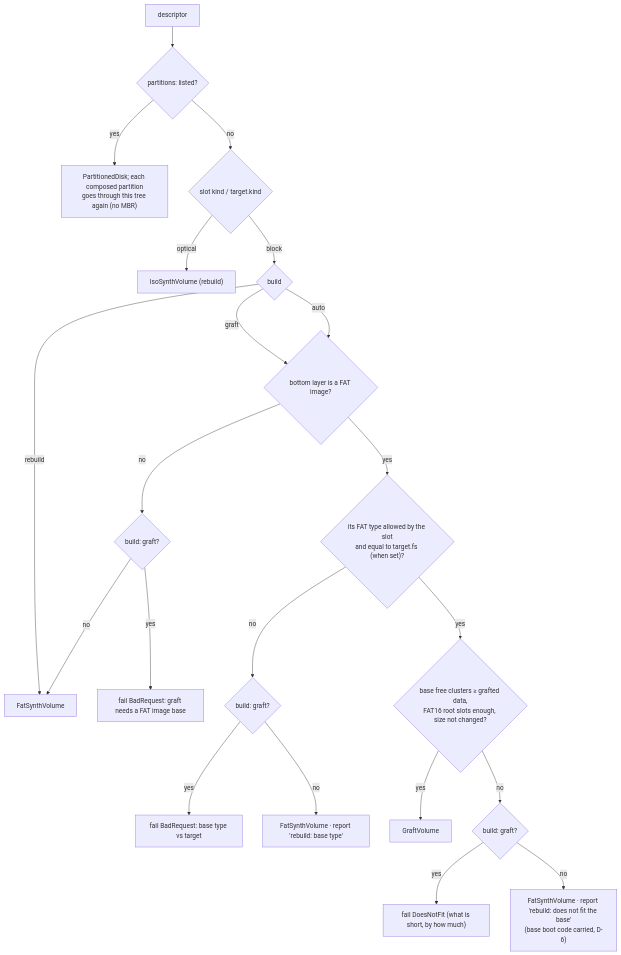
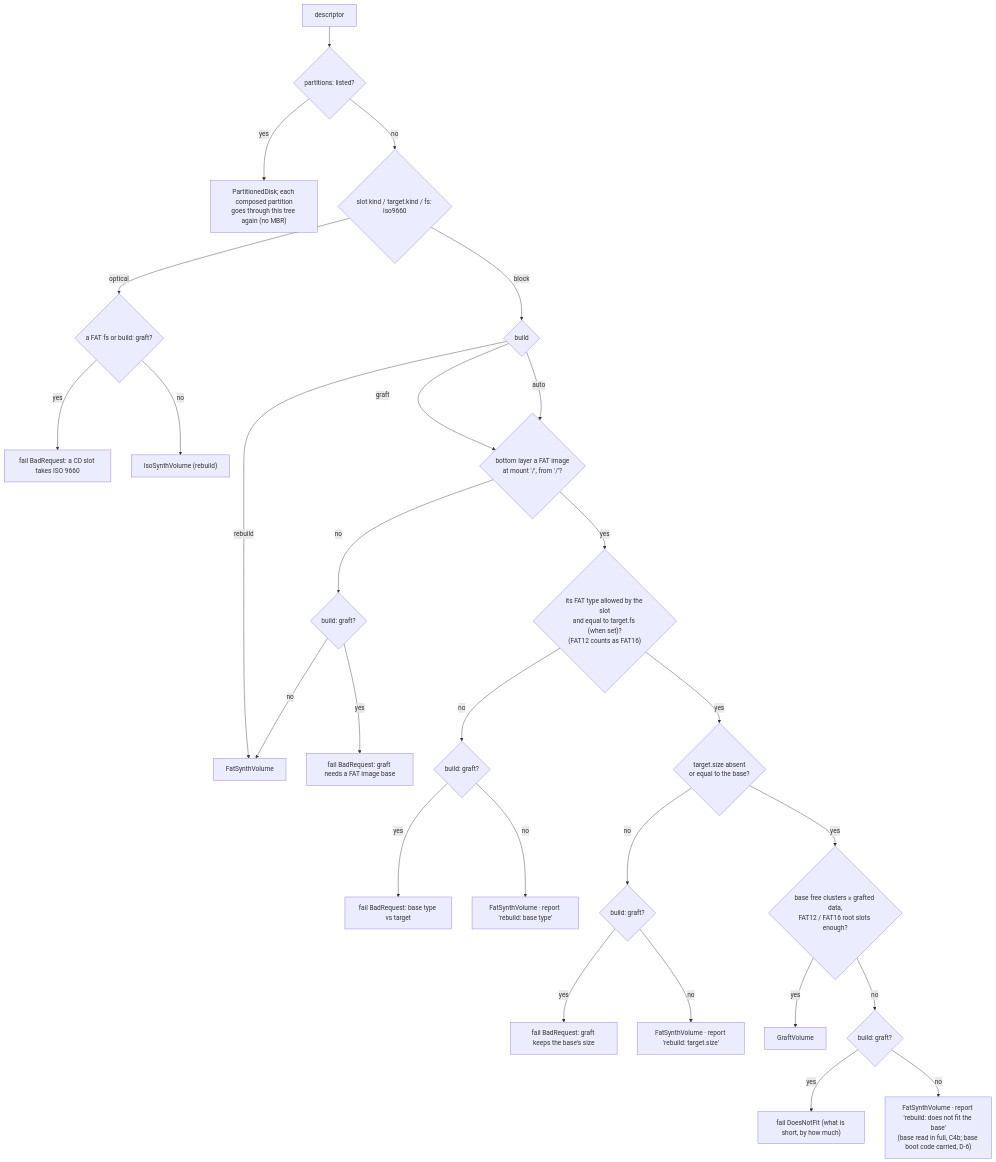
Before and after one commit to alfishe/unreal-ng: the fifth of 5 diagrams in docs/inprogress/2026-10-05-media-multisource/tdd.md, drawn with Mermaid. The commit also changed other lines of this file and 57 other files, not shown here.

````diff
--- a/docs/inprogress/2026-10-05-media-multisource/tdd.md
+++ b/docs/inprogress/2026-10-05-media-multisource/tdd.md
@@ -512,23 +660,29 @@
 ```mermaid
 flowchart TD
     A["descriptor"] --> P{"partitions: listed?"}
     P -->|"yes"| P1["PartitionedDisk; each composed partition<br/>goes through this tree again (no MBR)"]
-    P -->|"no"| K{"slot kind / target.kind"}
-    K -->|"optical"| ISO["IsoSynthVolume (rebuild)"]
+    P -->|"no"| K{"slot kind / target.kind / fs: iso9660"}
+    K -->|"optical"| K1{"a FAT fs or build: graft?"}
+    K1 -->|"yes"| F0["fail BadRequest: a CD slot takes ISO 9660"]
+    K1 -->|"no"| ISO["IsoSynthVolume (rebuild)"]
     K -->|"block"| B{"build"}
     B -->|"rebuild"| RB["FatSynthVolume"]
     B -->|"graft"| G0
-    B -->|"auto"| G0{"bottom layer is a FAT image?"}
+    B -->|"auto"| G0{"bottom layer a FAT image<br/>at mount '/', from '/'?"}
     G0 -->|"no"| G0N{"build: graft?"}
     G0N -->|"yes"| F1["fail BadRequest: graft needs a FAT image base"]
     G0N -->|"no"| RB
-    G0 -->|"yes"| G1{"its FAT type allowed by the slot<br/>and equal to target.fs (when set)?"}
+    G0 -->|"yes"| G1{"its FAT type allowed by the slot<br/>and equal to target.fs (when set)?<br/>(FAT12 counts as FAT16)"}
     G1 -->|"no"| G1N{"build: graft?"}
     G1N -->|"yes"| F2["fail BadRequest: base type vs target"]
     G1N -->|"no"| RB2["FatSynthVolume · report 'rebuild: base type'"]
-    G1 -->|"yes"| G2{"base free clusters ≥ grafted data,<br/>FAT16 root slots enough, size not changed?"}
+    G1 -->|"yes"| GS{"target.size absent<br/>or equal to the base?"}
+    GS -->|"no"| GSN{"build: graft?"}
+    GSN -->|"yes"| F4["fail BadRequest: graft keeps the base's size"]
+    GSN -->|"no"| RB4["FatSynthVolume · report 'rebuild: target.size'"]
+    GS -->|"yes"| G2{"base free clusters ≥ grafted data,<br/>FAT12 / FAT16 root slots enough?"}
     G2 -->|"yes"| GV["GraftVolume"]
     G2 -->|"no"| G2N{"build: graft?"}
     G2N -->|"yes"| F3["fail DoesNotFit (what is short, by how much)"]
-    G2N -->|"no"| RB3["FatSynthVolume · report 'rebuild: does not fit the base'<br/>(base boot code carried, D-6)"]
+    G2N -->|"no"| RB3["FatSynthVolume · report 'rebuild: does not fit the base'<br/>(base read in full, C4b; base boot code carried, D-6)"]
 ```
````
